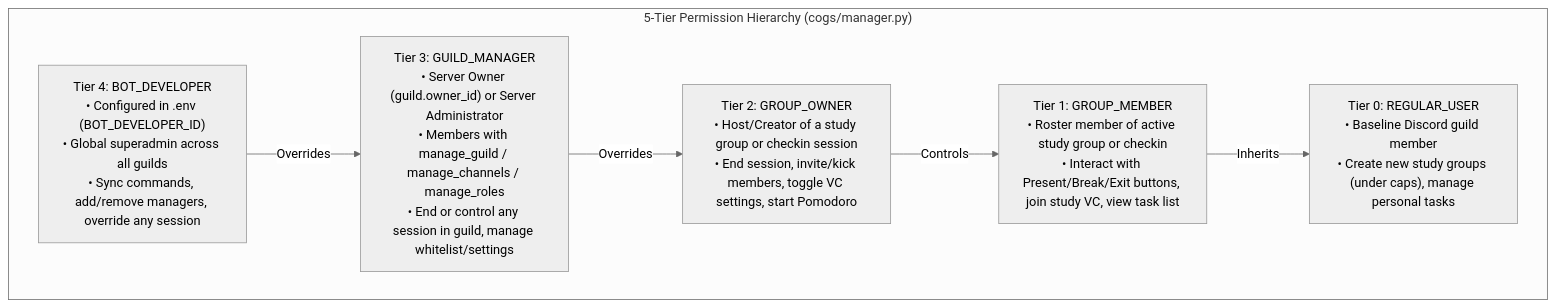
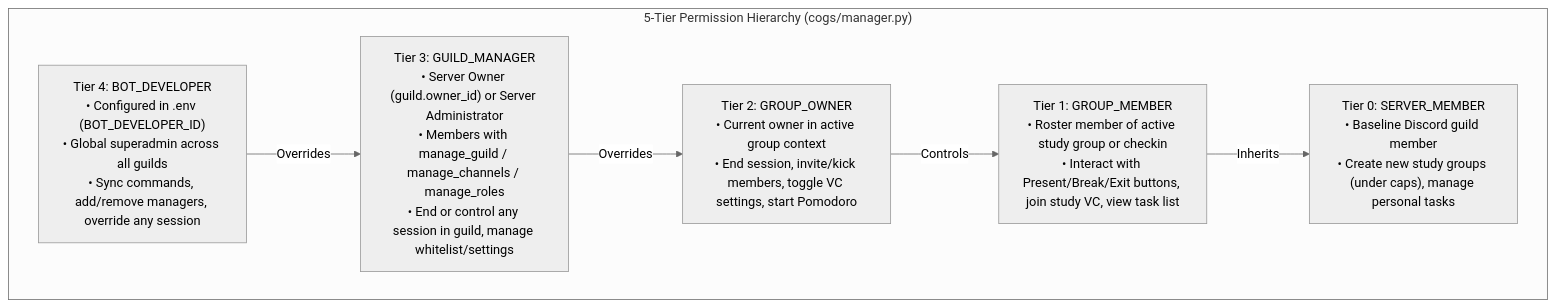
Before and after one commit to Vectorphy/crispy-octo-happiness: the fifth of 5 diagrams in KNOWLEDGE_GRAPH.md, drawn with Mermaid (neutral theme). The commit also changed other lines of this file and 27 other files, not shown here.

Commit message:
Complete consent flows, session lifetimes, and scoped staff access

````diff
--- a/KNOWLEDGE_GRAPH.md
+++ b/KNOWLEDGE_GRAPH.md
@@ -340,15 +353,15 @@
 ```mermaid
 graph TD
     subgraph Levels ["5-Tier Permission Hierarchy (cogs/manager.py)"]
         L4["Tier 4: BOT_DEVELOPER<br/>• Configured in .env (BOT_DEVELOPER_ID)<br/>• Global superadmin across all guilds<br/>• Sync commands, add/remove managers, override any session"]
         L3["Tier 3: GUILD_MANAGER<br/>• Server Owner (guild.owner_id) or Server Administrator<br/>• Members with manage_guild / manage_channels / manage_roles<br/>• End or control any session in guild, manage whitelist/settings"]
-        L2["Tier 2: GROUP_OWNER<br/>• Host/Creator of a study group or checkin session<br/>• End session, invite/kick members, toggle VC settings, start Pomodoro"]
+        L2["Tier 2: GROUP_OWNER<br/>• Current owner in active group context<br/>• End session, invite/kick members, toggle VC settings, start Pomodoro"]
         L1["Tier 1: GROUP_MEMBER<br/>• Roster member of active study group or checkin<br/>• Interact with Present/Break/Exit buttons, join study VC, view task list"]
-        L0["Tier 0: REGULAR_USER<br/>• Baseline Discord guild member<br/>• Create new study groups (under caps), manage personal tasks"]
+        L0["Tier 0: SERVER_MEMBER<br/>• Baseline Discord guild member<br/>• Create new study groups (under caps), manage personal tasks"]
     end
 
     L4 -->|Overrides| L3
     L3 -->|Overrides| L2
     L2 -->|Controls| L1
     L1 -->|Inherits| L0
 ```
````
